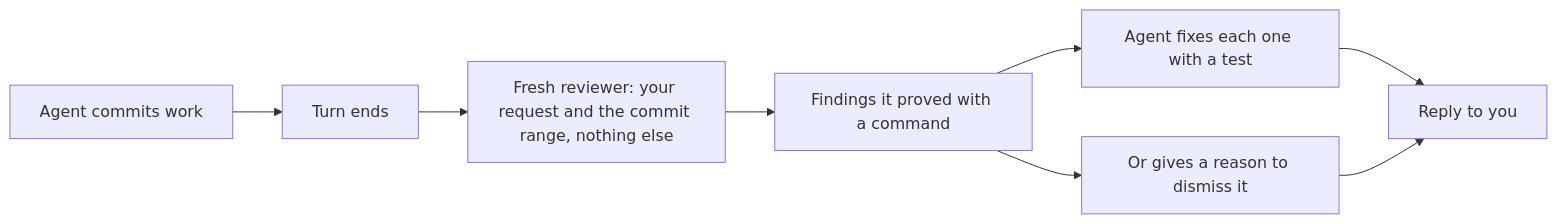
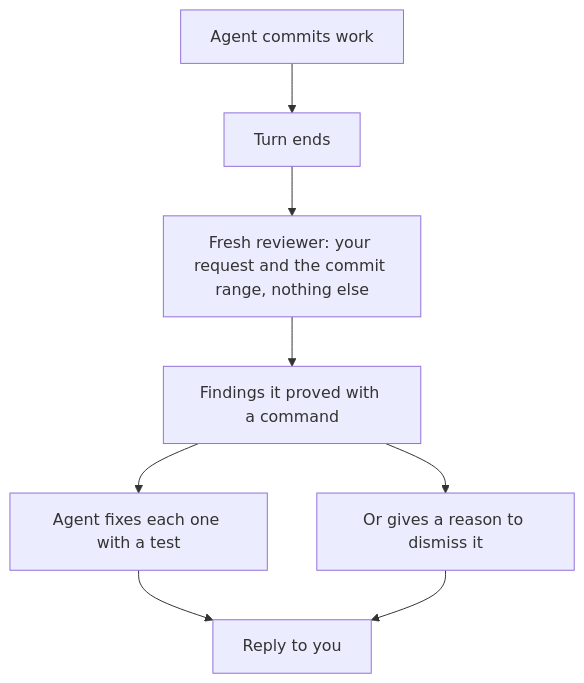
One commit to aloki-alok/kagestack changed the diagram in docs/concepts/review.md. Above: the diagram before and after it, drawn with Mermaid. The commit also changed 3 other files, not shown here.

````diff
--- a/docs/concepts/review.md
+++ b/docs/concepts/review.md
@@ -1,10 +1,10 @@
 ```mermaid
-flowchart LR
+flowchart TD
   W["Agent commits work"] --> E["Turn ends"]
   E --> R["Fresh reviewer: your request and the commit range, nothing else"]:::check
   R --> F["Findings it proved with a command"]
   F --> FIX["Agent fixes each one with a test"]
   F --> WHY["Or gives a reason to dismiss it"]
   FIX --> DONE["Reply to you"]:::you
   WHY --> DONE
 ```
````
